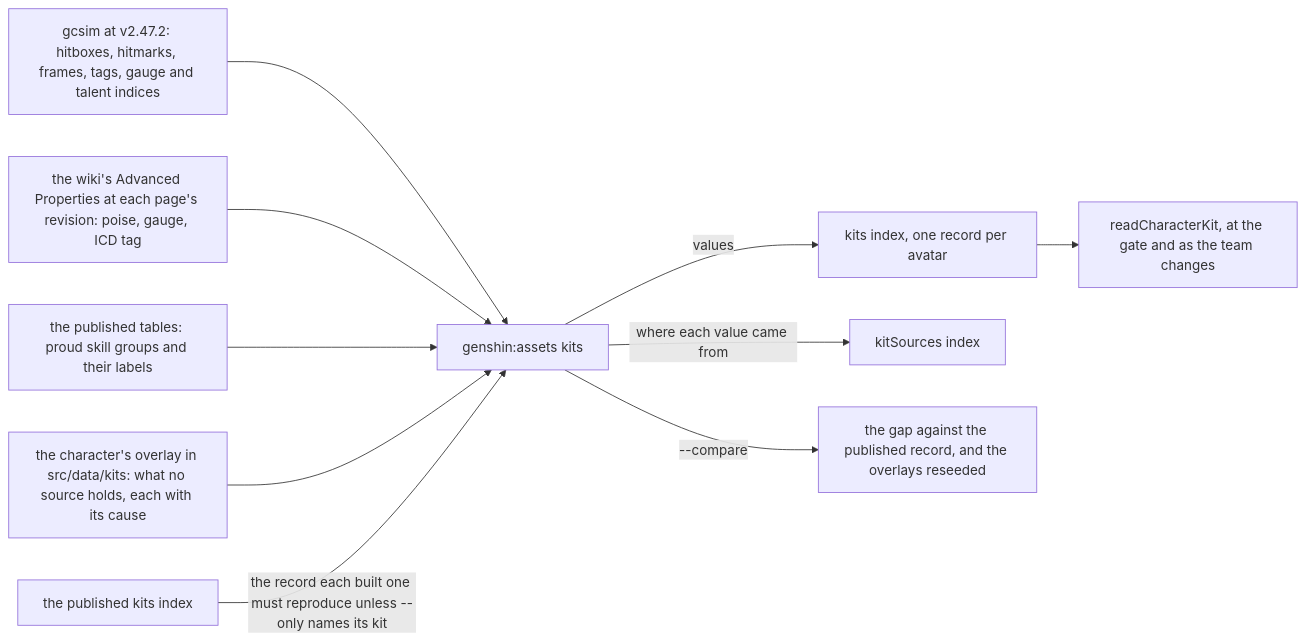
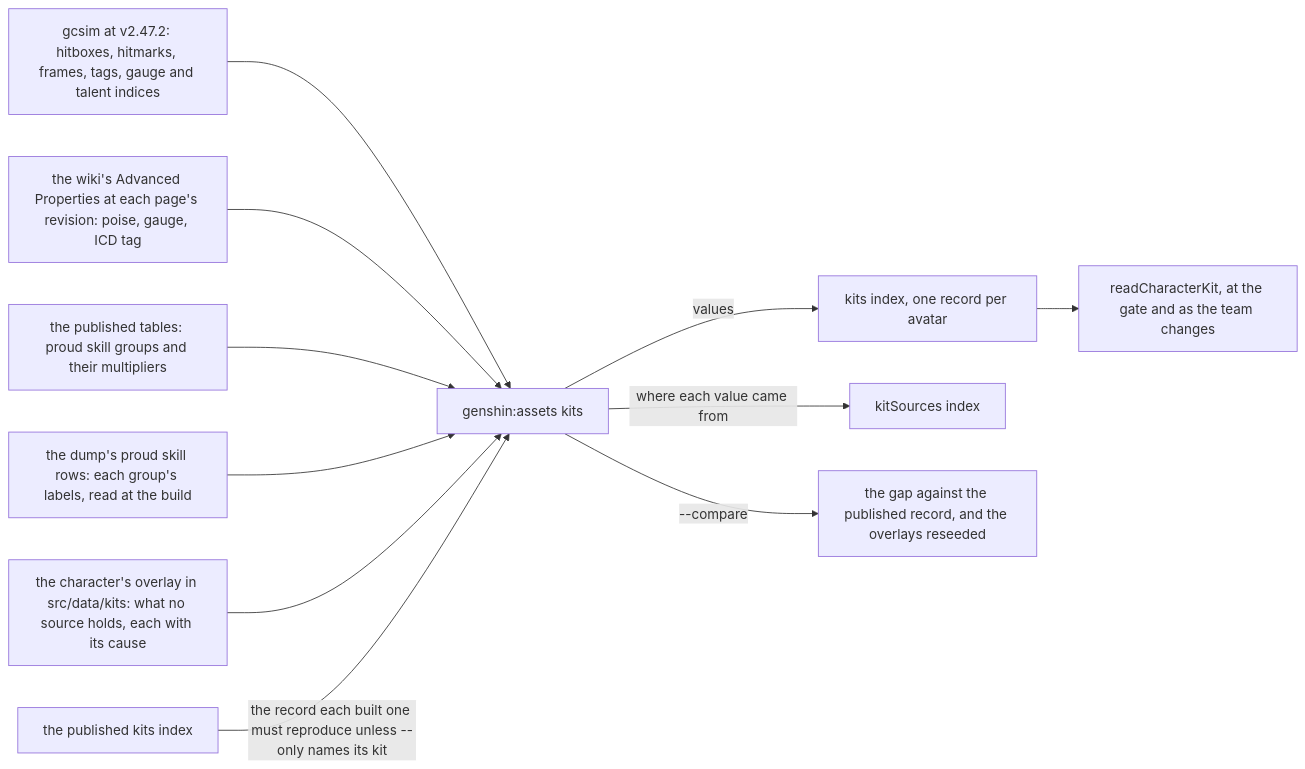
One commit to Esposter/Esposter changed the fourth of 5 diagrams in openspec/specs/genshin/kits/README.md. Above: the diagram before and after it, drawn with Mermaid. The commit also changed 1 other file, not shown here.

Commit message:
fix(scripts): the kit reader takes each group's labels from the dump's proud skill rows, not the published label ids
The published TalentLabels hold text ids from the build's dump. The 7.1 text map moved the CD text from id 302578022
to 4052205826 and group 10932 gained a parameter, so Mizuki's skill cooldown label resolved to another label and
skillCooldownSeconds read as undefined. readKitTables now builds the labels with toTalentTables from
ProudSkillExcelConfigData, as the stats run does; the multipliers stay published. The kits dry run exits 0 with the
same 234 records and the same kitSources changes as before the refresh. The kits spec diagram names the new source.

Claude-Session: https://claude.ai/code/session_01FSjv62DsHeN22SAmX3RzMV

````diff
--- a/openspec/specs/genshin/kits/README.md
+++ b/openspec/specs/genshin/kits/README.md
@@ -159,12 +159,13 @@
 ```mermaid
 flowchart LR
   GC["gcsim at v2.47.2: hitboxes, hitmarks, frames, tags, gauge and talent indices"] --> B["genshin:assets kits"]
   WK["the wiki's Advanced Properties at each page's revision: poise, gauge, ICD tag"] --> B
-  TB["the published tables: proud skill groups and their labels"] --> B
+  TB["the published tables: proud skill groups and their multipliers"] --> B
+  PS["the dump's proud skill rows: each group's labels, read at the build"] --> B
   OV["the character's overlay in src/data/kits: what no source holds, each with its cause"] --> B
   PB["the published kits index"] -->|"the record each built one must reproduce unless --only names its kit"| B
   B -->|"values"| K["kits index, one record per avatar"]
   B -->|"where each value came from"| S["kitSources index"]
   B -->|"--compare"| R["the gap against the published record, and the overlays reseeded"]
   K --> READ["readCharacterKit, at the gate and as the team changes"]
 ```
````
